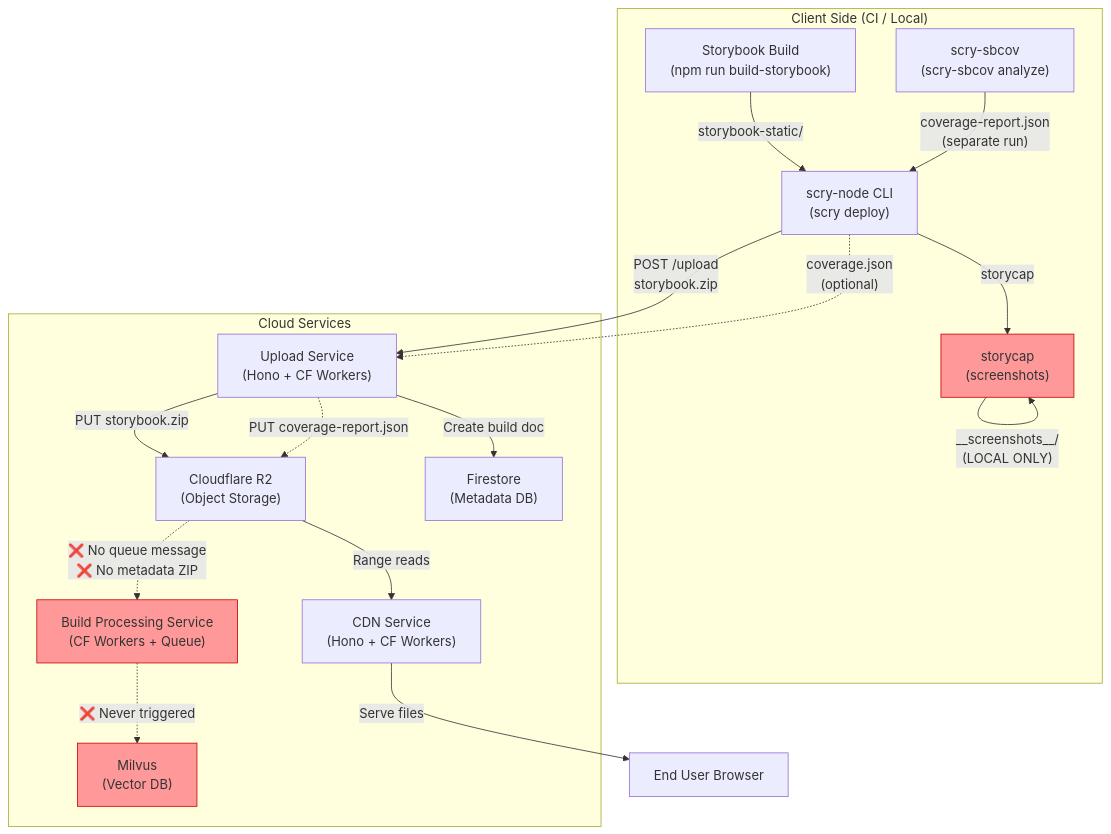
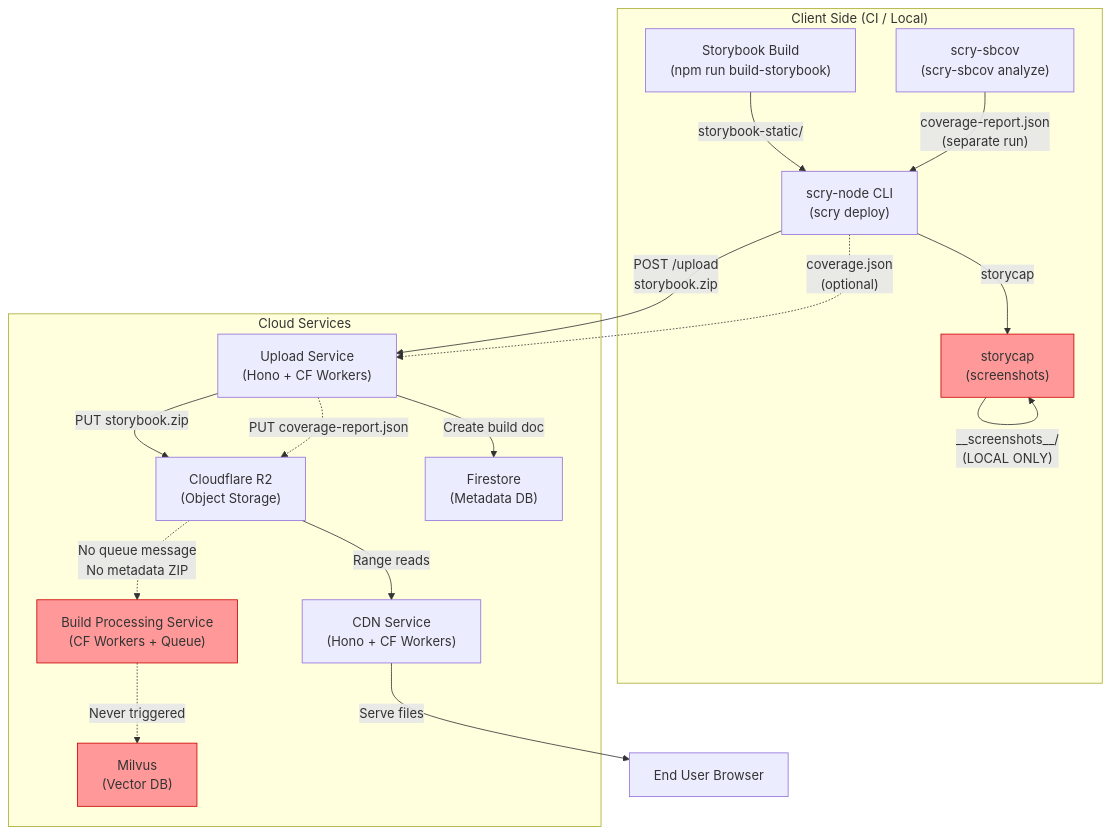
The first of 9 diagrams in plans/screenshot-metadata-zip/03-architecture-diagrams.md (epinnock/scry-ops), drawn with Mermaid before and after one commit. The commit also changed other lines of this file and 9 other files, not shown here.

Commit message:
feat: add screenshot metadata zip implementation plans and e2e scripts

````diff
--- a/plans/screenshot-metadata-zip/03-architecture-diagrams.md
+++ b/plans/screenshot-metadata-zip/03-architecture-diagrams.md
@@ -9,39 +9,39 @@
 ```mermaid
 flowchart TD
     subgraph Client["Client Side (CI / Local)"]
         SB["Storybook Build<br/>(npm run build-storybook)"]
         NODE["scry-node CLI<br/>(scry deploy)"]
         SBCOV["scry-sbcov<br/>(scry-sbcov analyze)"]
         STORYCAP["storycap<br/>(screenshots)"]
     end
 
     subgraph Cloud["Cloud Services"]
         UPLOAD["Upload Service<br/>(Hono + CF Workers)"]
         R2["Cloudflare R2<br/>(Object Storage)"]
         FS["Firestore<br/>(Metadata DB)"]
         CDN["CDN Service<br/>(Hono + CF Workers)"]
         BPS["Build Processing Service<br/>(CF Workers + Queue)"]
         MILVUS["Milvus<br/>(Vector DB)"]
     end
 
     SB -->|"storybook-static/"| NODE
     NODE -->|"storycap"| STORYCAP
     STORYCAP -->|"__screenshots__/<br/>(LOCAL ONLY)"| STORYCAP
     NODE -->|"POST /upload<br/>storybook.zip"| UPLOAD
     NODE -.->|"coverage.json<br/>(optional)"| UPLOAD
     SBCOV -->|"coverage-report.json<br/>(separate run)"| NODE
 
     UPLOAD -->|"PUT storybook.zip"| R2
     UPLOAD -->|"Create build doc"| FS
     UPLOAD -.->|"PUT coverage-report.json"| R2
 
     R2 -->|"Range reads"| CDN
     CDN -->|"Serve files"| USER["End User Browser"]
 
-    R2 -.->|"❌ No queue message<br/>❌ No metadata ZIP"| BPS
-    BPS -.->|"❌ Never triggered"| MILVUS
+    R2 -.->|"No queue message<br/>No metadata ZIP"| BPS
+    BPS -.->|"Never triggered"| MILVUS
 
     style STORYCAP fill:#ff9999,stroke:#cc0000
     style BPS fill:#ff9999,stroke:#cc0000
     style MILVUS fill:#ff9999,stroke:#cc0000
 ```
````
